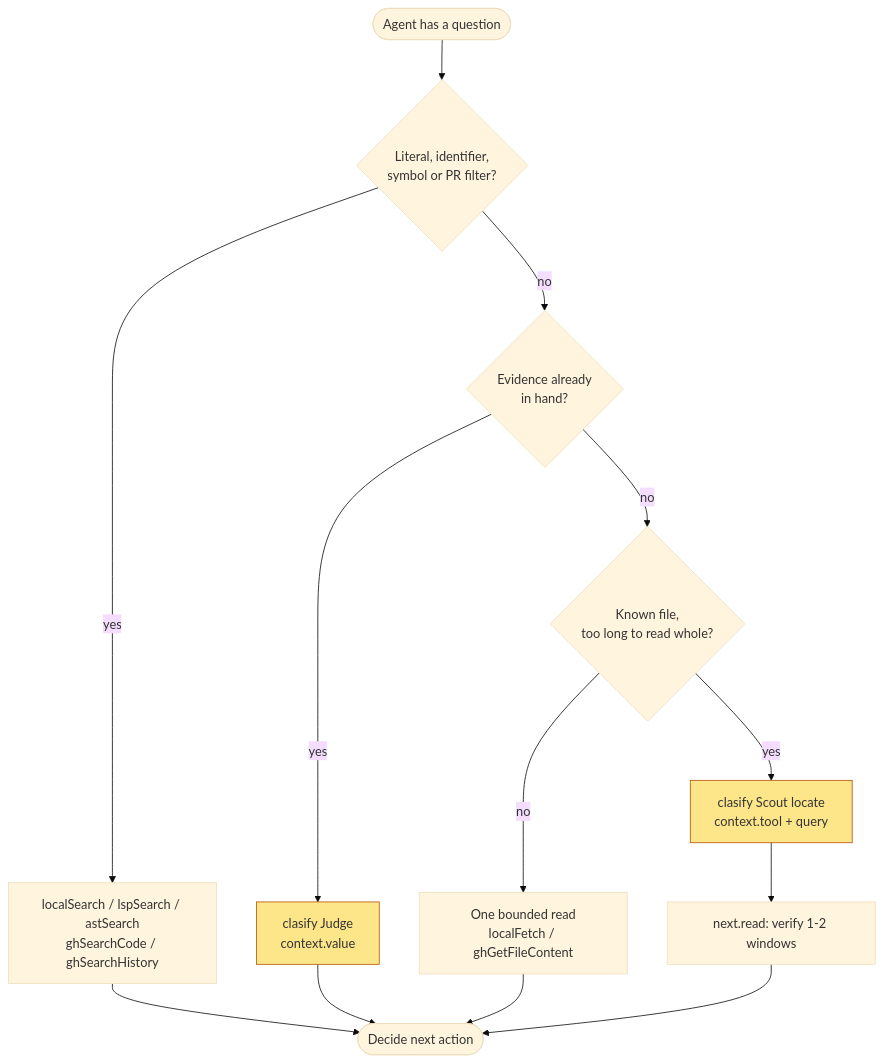
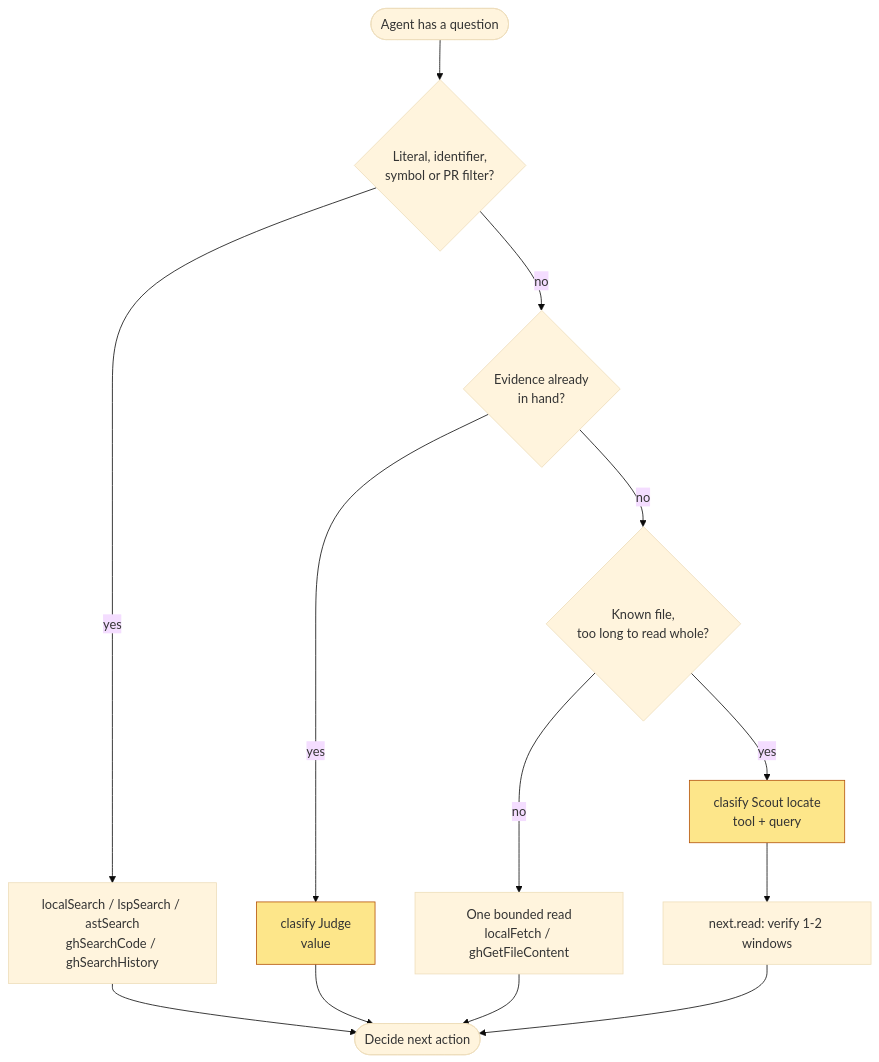
The first of 4 diagrams in docs/OCTOCODE_CLASIFY.md (bgauryy/octocode), drawn with Mermaid (base theme) before and after one commit. The commit also changed other lines of this file and 199 other files, not shown here.

````diff
--- a/docs/OCTOCODE_CLASIFY.md
+++ b/docs/OCTOCODE_CLASIFY.md
@@ -51,17 +51,17 @@
 ```mermaid
 flowchart TD
     Q([Agent has a question]) --> L{Literal, identifier,<br/>symbol or PR filter?}
     L -- yes --> S[localSearch / lspSearch / astSearch<br/>ghSearchCode / ghSearchHistory]
     L -- no --> H{Evidence already<br/>in hand?}
-    H -- yes --> J["clasify Judge<br/>context.value"]
+    H -- yes --> J["clasify Judge<br/>value"]
     H -- no --> K{Known file,<br/>too long to read whole?}
     K -- no --> R[One bounded read<br/>localFetch / ghGetFileContent]
-    K -- yes --> SC["clasify Scout locate<br/>context.tool + query"]
+    K -- yes --> SC["clasify Scout locate<br/>tool + query"]
     SC --> V[next.read: verify 1-2 windows]
     J --> D([Decide next action])
     V --> D
     S --> D
     R --> D
     classDef semantic fill:#fde68a,stroke:#b45309;
     class J,SC semantic
 ```
````
